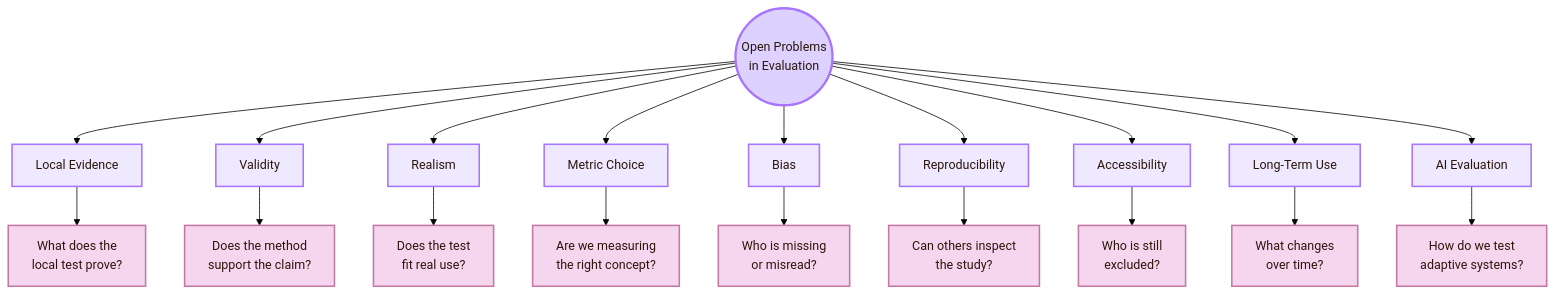
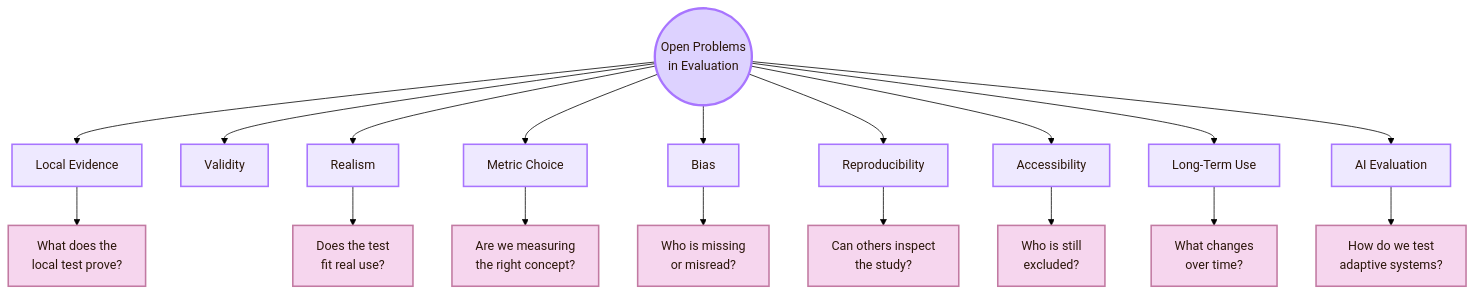
The first of 15 diagrams in 01_Core_Area_HCI/001_Subareas/03_Evaluating_the_Design/Open Problems.md (andreitegzes06-ui/CogniShire), drawn with Mermaid (forest theme) before and after one commit. The commit also changed other lines of this file and 131 other files, not shown here.

````diff
--- a/01_Core_Area_HCI/001_Subareas/03_Evaluating_the_Design/Open Problems.md
+++ b/01_Core_Area_HCI/001_Subareas/03_Evaluating_the_Design/Open Problems.md
@@ -67,32 +63,31 @@
 ```mermaid
 flowchart TB
     A((Open Problems<br/>in Evaluation))
 
     A --> B[Local Evidence]
     A --> C[Validity]
     A --> D[Realism]
     A --> E[Metric Choice]
     A --> F[Bias]
     A --> G[Reproducibility]
     A --> H[Accessibility]
     A --> I[Long-Term Use]
     A --> J[AI Evaluation]
 
     B --> B1[What does the<br/>local test prove?]
-    C --> C1[Does the method<br/>support the claim?]
     D --> D1[Does the test<br/>fit real use?]
     E --> E1[Are we measuring<br/>the right concept?]
     F --> F1[Who is missing<br/>or misread?]
     G --> G1[Can others inspect<br/>the study?]
     H --> H1[Who is still<br/>excluded?]
     I --> I1[What changes<br/>over time?]
     J --> J1[How do we test<br/>adaptive systems?]
 
     classDef center fill:#ddd2ff,stroke:#a875ff,color:#2b160b,stroke-width:3px;
     classDef node fill:#eee9ff,stroke:#a875ff,color:#2b160b,stroke-width:2px;
     classDef detail fill:#f6d6ee,stroke:#c27aa2,color:#2b160b,stroke-width:2px;
 
     class A center;
     class B,C,D,E,F,G,H,I,J node;
     class B1,C1,D1,E1,F1,G1,H1,I1,J1 detail;
 ```
````
